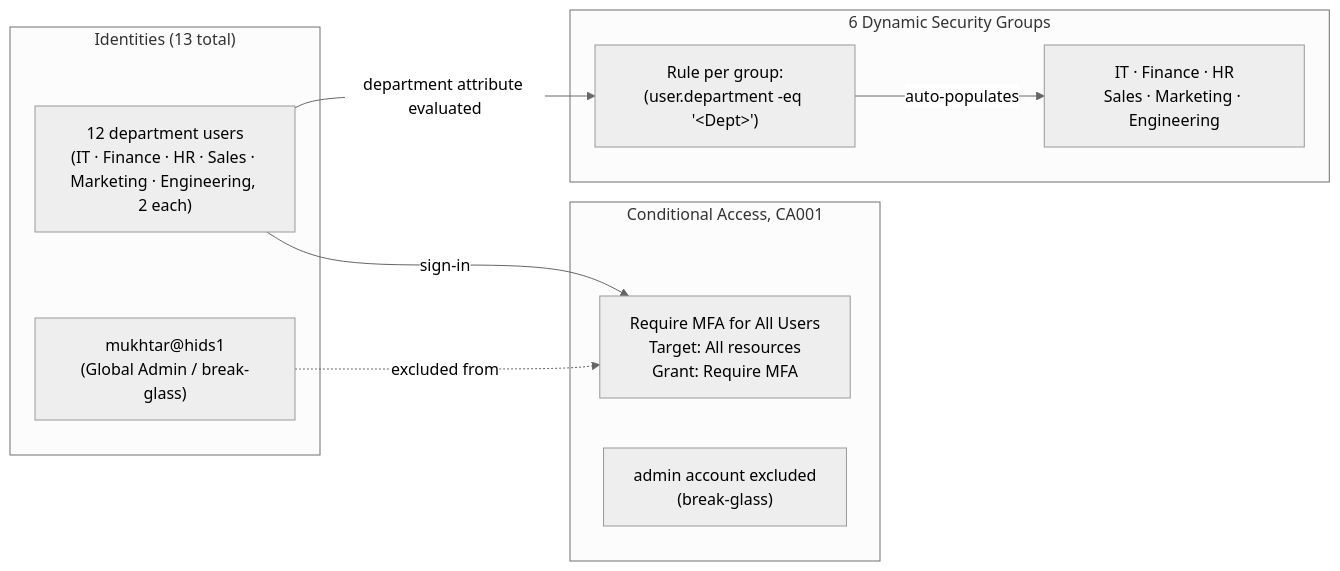
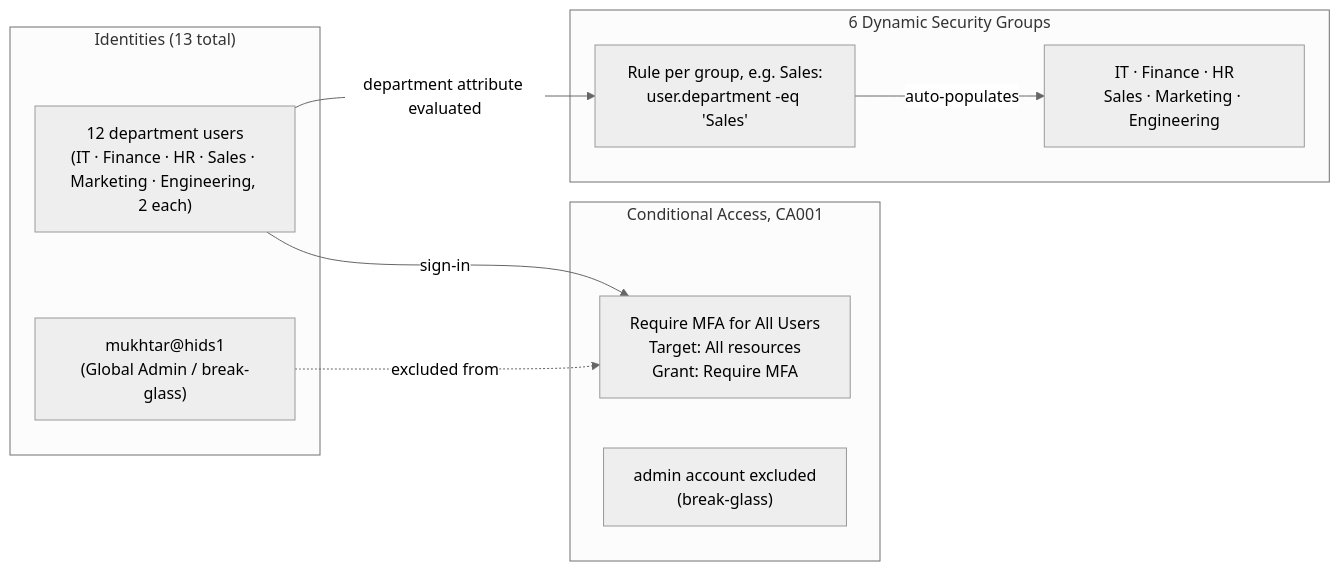
One commit to mukhoury/iam-portfolio changed the diagram in labs/1-entra-dynamic-groups-conditional-access/README.md. Above: the diagram before and after it, drawn with Mermaid (neutral theme).

Commit message:
Show a real dynamic group rule in the Lab 1 diagram
The placeholder was written as an escaped HTML entity, which mermaid
strips, so the rule rendered as an empty string. A concrete Sales example
documents the syntax better than a placeholder anyway.

````diff
--- a/labs/1-entra-dynamic-groups-conditional-access/README.md
+++ b/labs/1-entra-dynamic-groups-conditional-access/README.md
@@ -36,29 +36,29 @@
 ```mermaid
 flowchart LR
     subgraph Users["Identities (13 total)"]
         u["`12 department users
         (IT · Finance · HR · Sales · Marketing · Engineering, 2 each)`"]
         admin["`mukhtar@hids1
         (Global Admin / break-glass)`"]
     end
 
     subgraph Groups["6 Dynamic Security Groups"]
-        rule["`Rule per group:
-        (user.department -eq '&lt;Dept&gt;')`"]
+        rule["`Rule per group, e.g. Sales:
+        user.department -eq 'Sales'`"]
         g["`IT · Finance · HR
         Sales · Marketing · Engineering`"]
     end
 
     subgraph CA["Conditional Access, CA001"]
         policy["`Require MFA for All Users
         Target: All resources
         Grant: Require MFA`"]
         exclude["`admin account excluded
         (break-glass)`"]
     end
 
     u -->|department attribute evaluated| rule
     rule -->|auto-populates| g
     u -->|sign-in| policy
     admin -.->|excluded from| policy
 ```
````
